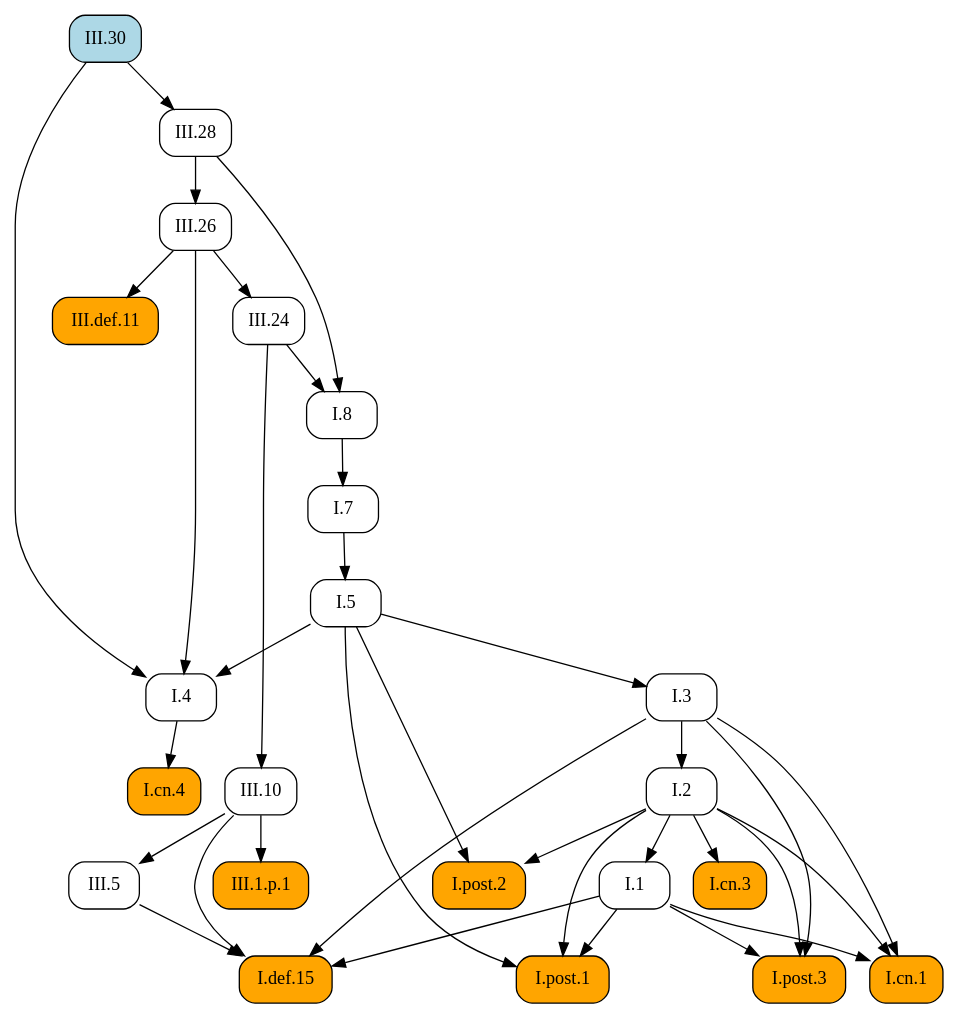
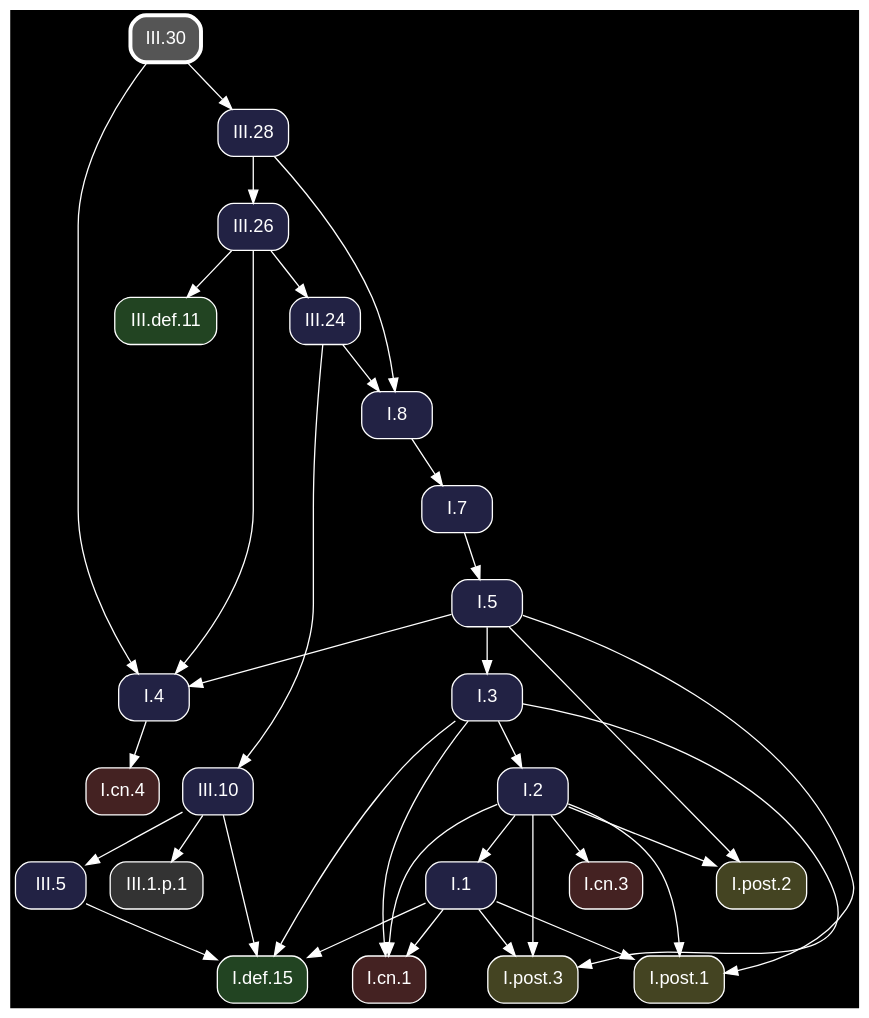
The diagram in docsrc/heath/III/30/index.rst (geometor/elements), drawn with Graphviz before and after one commit. The commit also changed other lines of this file and 1200 other files, not shown here.

Commit message:
update dependency graphs

```diff
--- a/docsrc/heath/III/30/index.rst
+++ b/docsrc/heath/III/30/index.rst
@@ -55,62 +55,64 @@
 .. graphviz::
 
    digraph {
+     bgcolor="black";
+     node [shape=box, style="rounded,filled", fontname="Helvetica", color="white", fontcolor="white"];
+     edge [color="white", fontcolor="white"];
      rankdir="TB";
-     node [shape=box, style=rounded];
-     "III.28" [URL="/heath/III/28/", target="_top"];
-     "I.cn.1" [style="rounded,filled", fillcolor=orange, URL="/heath/I/cn.1/", target="_top"];
-     "I.7" [URL="/heath/I/7/", target="_top"];
-     "III.24" [URL="/heath/III/24/", target="_top"];
-     "I.2" [URL="/heath/I/2/", target="_top"];
-     "I.def.15" [style="rounded,filled", fillcolor=orange, URL="/heath/I/def.15/", target="_top"];
-     "III.26" [URL="/heath/III/26/", target="_top"];
-     "I.4" [URL="/heath/I/4/", target="_top"];
-     "I.1" [URL="/heath/I/1/", target="_top"];
-     "III.def.11" [style="rounded,filled", fillcolor=orange, URL="/heath/III/def.11/", target="_top"];
-     "I.post.1" [style="rounded,filled", fillcolor=orange, URL="/heath/I/post.1/", target="_top"];
-     "I.post.3" [style="rounded,filled", fillcolor=orange, URL="/heath/I/post.3/", target="_top"];
-     "I.5" [URL="/heath/I/5/", target="_top"];
-     "I.8" [URL="/heath/I/8/", target="_top"];
-     "I.cn.3" [style="rounded,filled", fillcolor=orange, URL="/heath/I/cn.3/", target="_top"];
-     "III.10" [URL="/heath/III/10/", target="_top"];
-     "III.1.p.1" [style="rounded,filled", fillcolor=orange];
-     "I.cn.4" [style="rounded,filled", fillcolor=orange, URL="/heath/I/cn.4/", target="_top"];
-     "I.post.2" [style="rounded,filled", fillcolor=orange, URL="/heath/I/post.2/", target="_top"];
-     "III.30" [style="rounded,filled", fillcolor=lightblue, URL="/heath/III/30/", target="_top"];
-     "I.3" [URL="/heath/I/3/", target="_top"];
-     "III.5" [URL="/heath/III/5/", target="_top"];
-     "III.30" -> "III.28";
+     "III.10" [fillcolor="#222244", URL="/heath/III/10/", target="_top"];
+     "I.3" [fillcolor="#222244", URL="/heath/I/3/", target="_top"];
+     "III.30" [penwidth=3, color="white", fillcolor="#555555", URL="/heath/III/30/", target="_top"];
+     "I.post.1" [fillcolor="#444422", URL="/heath/I/post.1/", target="_top"];
+     "I.cn.1" [fillcolor="#442222", URL="/heath/I/cn.1/", target="_top"];
+     "I.cn.3" [fillcolor="#442222", URL="/heath/I/cn.3/", target="_top"];
+     "I.2" [fillcolor="#222244", URL="/heath/I/2/", target="_top"];
+     "I.post.2" [fillcolor="#444422", URL="/heath/I/post.2/", target="_top"];
+     "I.cn.4" [fillcolor="#442222", URL="/heath/I/cn.4/", target="_top"];
+     "I.1" [fillcolor="#222244", URL="/heath/I/1/", target="_top"];
+     "I.8" [fillcolor="#222244", URL="/heath/I/8/", target="_top"];
+     "I.4" [fillcolor="#222244", URL="/heath/I/4/", target="_top"];
+     "III.24" [fillcolor="#222244", URL="/heath/III/24/", target="_top"];
+     "I.post.3" [fillcolor="#444422", URL="/heath/I/post.3/", target="_top"];
+     "III.28" [fillcolor="#222244", URL="/heath/III/28/", target="_top"];
+     "III.5" [fillcolor="#222244", URL="/heath/III/5/", target="_top"];
+     "III.1.p.1" [fillcolor="#333333"];
+     "I.7" [fillcolor="#222244", URL="/heath/I/7/", target="_top"];
+     "I.def.15" [fillcolor="#224422", URL="/heath/I/def.15/", target="_top"];
+     "I.5" [fillcolor="#222244", URL="/heath/I/5/", target="_top"];
+     "III.26" [fillcolor="#222244", URL="/heath/III/26/", target="_top"];
+     "III.def.11" [fillcolor="#224422", URL="/heath/III/def.11/", target="_top"];
+     "III.24" -> "III.10";
+     "I.5" -> "I.3";
+     "I.1" -> "I.post.1";
+     "I.2" -> "I.post.1";
+     "I.5" -> "I.post.1";
      "I.1" -> "I.cn.1";
      "I.2" -> "I.cn.1";
      "I.3" -> "I.cn.1";
+     "I.2" -> "I.cn.3";
+     "I.3" -> "I.2";
+     "I.2" -> "I.post.2";
+     "I.5" -> "I.post.2";
+     "I.4" -> "I.cn.4";
+     "I.2" -> "I.1";
+     "III.24" -> "I.8";
+     "III.28" -> "I.8";
+     "I.5" -> "I.4";
+     "III.26" -> "I.4";
+     "III.30" -> "I.4";
+     "III.26" -> "III.24";
+     "I.1" -> "I.post.3";
+     "I.2" -> "I.post.3";
+     "I.3" -> "I.post.3";
+     "III.30" -> "III.28";
+     "III.10" -> "III.5";
+     "III.10" -> "III.1.p.1";
      "I.8" -> "I.7";
-     "III.26" -> "III.24";
-     "I.3" -> "I.2";
      "I.1" -> "I.def.15";
      "I.3" -> "I.def.15";
      "III.5" -> "I.def.15";
      "III.10" -> "I.def.15";
+     "I.7" -> "I.5";
      "III.28" -> "III.26";
-     "I.5" -> "I.4";
-     "III.26" -> "I.4";
-     "III.30" -> "I.4";
-     "I.2" -> "I.1";
      "III.26" -> "III.def.11";
-     "I.1" -> "I.post.1";
-     "I.2" -> "I.post.1";
-     "I.5" -> "I.post.1";
-     "I.1" -> "I.post.3";
-     "I.2" -> "I.post.3";
-     "I.3" -> "I.post.3";
-     "I.7" -> "I.5";
-     "III.24" -> "I.8";
-     "III.28" -> "I.8";
-     "I.2" -> "I.cn.3";
-     "III.24" -> "III.10";
-     "III.10" -> "III.1.p.1";
-     "I.4" -> "I.cn.4";
-     "I.2" -> "I.post.2";
-     "I.5" -> "I.post.2";
-     "I.5" -> "I.3";
-     "III.10" -> "III.5";
    }
```
